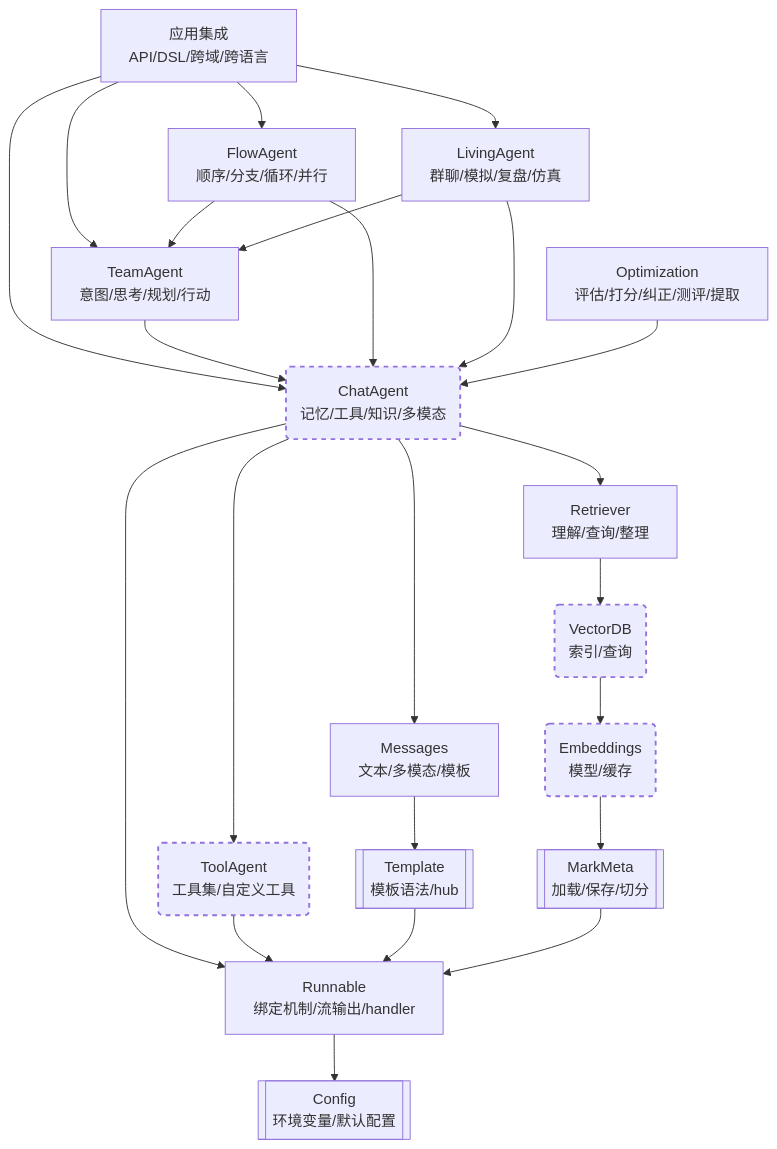
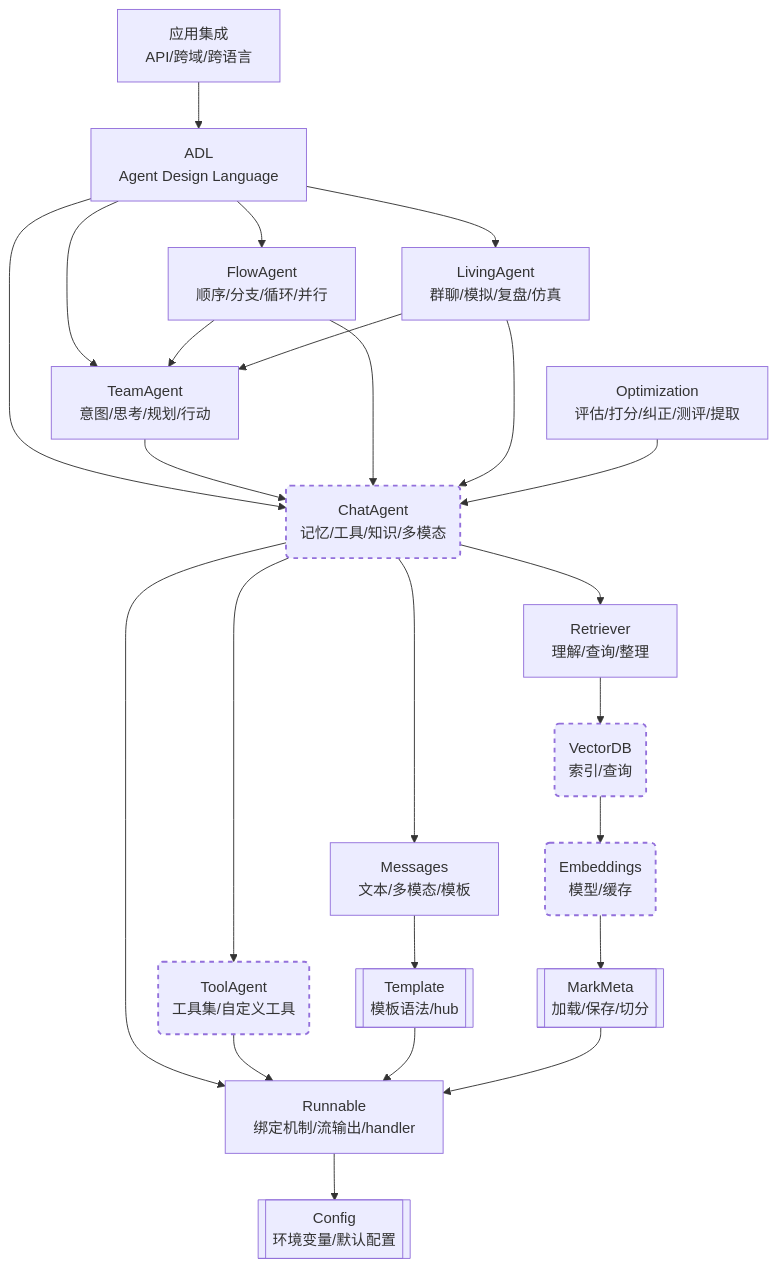
Before and after one commit to arcstep/illufly: the first of 2 diagrams in notes/index.md, drawn with Mermaid. The commit also changed 11 other files, not shown here.

````diff
--- a/notes/index.md
+++ b/notes/index.md
@@ -5,39 +5,42 @@
 ```mermaid
 graph TD
     Config[[Config<br>环境变量/默认配置]]
     Runnable[Runnable<br>绑定机制/流输出/handler]
 
-    Application[应用集成<br>API/DSL/跨域/跨语言]
+    Application[应用集成<br>API/跨域/跨语言]
+    ADL[ADL<br>Agent Design Language]
     Optimization[Optimization<br>评估/打分/纠正/测评/提取]
     Living[LivingAgent<br>群聊/模拟/复盘/仿真]
     Flow[FlowAgent<br>顺序/分支/循环/并行]
 
     Team[TeamAgent<br>意图/思考/规划/行动]
     Agent(ChatAgent<br>记忆/工具/知识/多模态)
     ToolAgent(ToolAgent<br>工具集/自定义工具)
     Messages[Messages<br>文本/多模态/模板]
     Template[[Template<br>模板语法/hub]]
 
     MarkMeta[[MarkMeta<br>加载/保存/切分]]
     VectorDB(VectorDB<br>索引/查询)
     Emb(Embeddings<br>模型/缓存)
     Retriever[Retriever<br>理解/查询/整理]
 
-    Application --> Agent
-    Application --> Team
-    Application --> Flow --> Team --> Agent
+    Application --> ADL
+    ADL --> Agent
+    ADL --> Team
+    ADL --> Flow
+    Flow --> Team --> Agent
     Flow --> Agent
-    Application --> Living --> Team
+    ADL --> Living --> Team
     Living --> Agent
     Optimization --> Agent
     Agent --> Runnable --> Config
     Agent --> ToolAgent --> Runnable
     Agent --> Messages -->  Template --> Runnable
     Agent --> Retriever --> VectorDB --> Emb --> MarkMeta --> Runnable
 
     style Agent stroke-width:2px,stroke-dasharray:5 5
     style ToolAgent stroke-width:2px,stroke-dasharray:5 5
     style VectorDB stroke-width:2px,stroke-dasharray:5 5
     style Emb stroke-width:2px,stroke-dasharray:5 5
 
 ```
````
